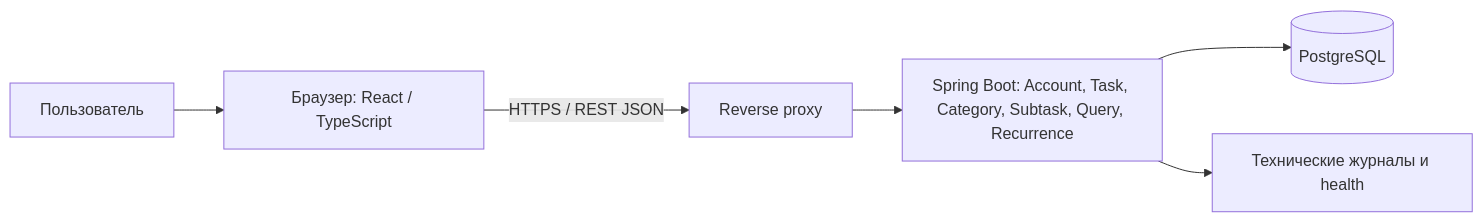
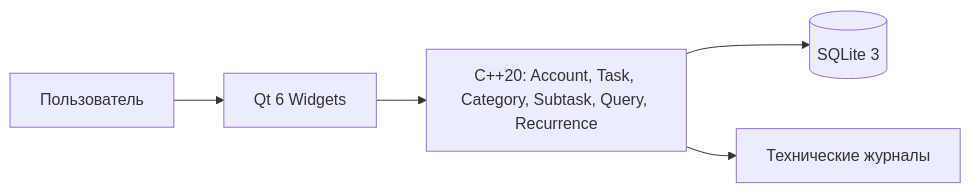
One commit to BSUIR-SDLC/SDLC changed the first of 2 diagrams in sdd/view.md. Above: the diagram before and after it, drawn with Mermaid. The commit also changed other lines of this file and 4 other files, not shown here.

````diff
--- a/sdd/view.md
+++ b/sdd/view.md
@@ -16,8 +16,7 @@
 ```mermaid
 flowchart LR
-  U[Пользователь] --> B[Браузер: React / TypeScript]
-  B -->|HTTPS / REST JSON| R[Reverse proxy]
-  R --> A[Spring Boot: Account, Task, Category, Subtask, Query, Recurrence]
-  A --> P[(PostgreSQL)]
-  A --> L[Технические журналы и health]
+  U[Пользователь] --> Q[Qt 6 Widgets]
+  Q --> C[C++20: Account, Task, Category, Subtask, Query, Recurrence]
+  C --> P[(SQLite 3)]
+  C --> L[Технические журналы]
 ```
````
